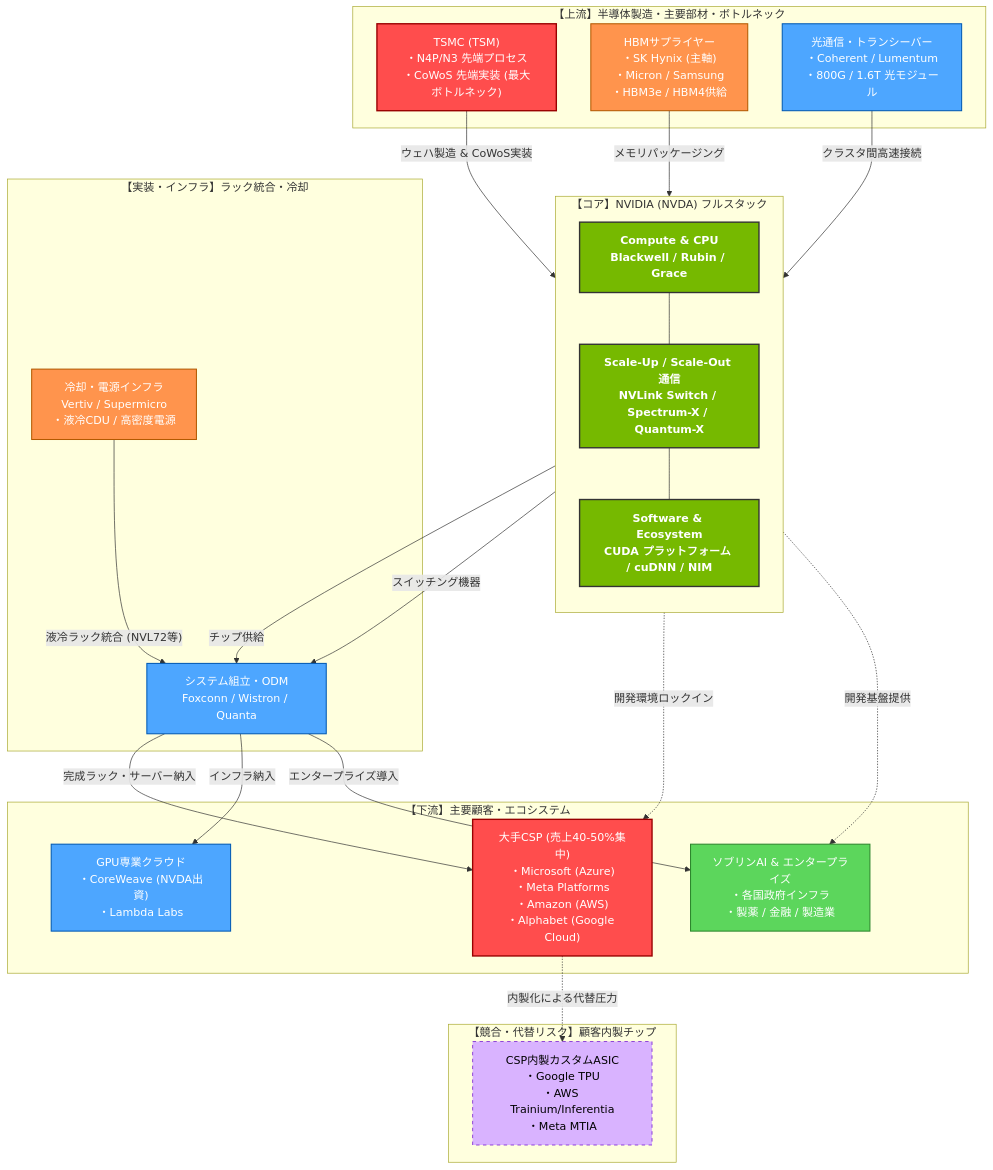
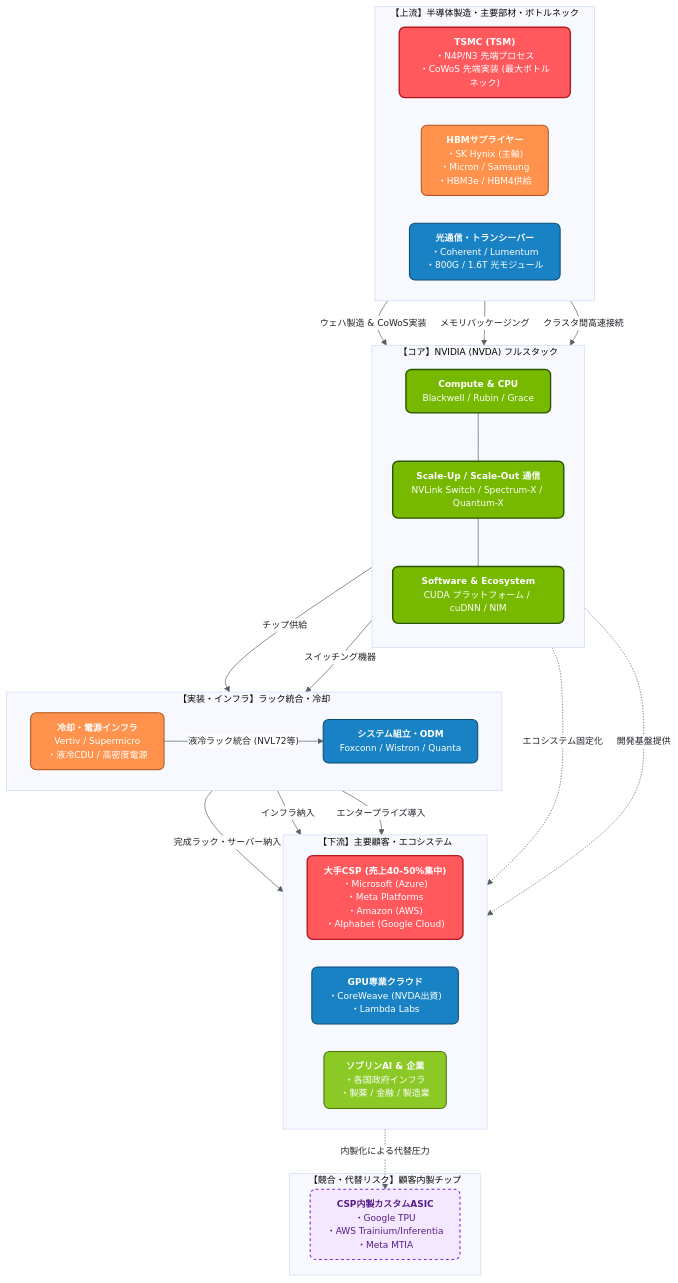
The diagram in README.md (Tom-2106/invest-info), drawn with Mermaid before and after one commit.

````diff
--- a/README.md
+++ b/README.md
@@ -1,61 +1,80 @@
 ```mermaid
+%%{init: {
+  'theme': 'base',
+  'themeVariables': {
+    'fontFamily': 'system-ui, -apple-system, Segoe UI, Roboto, Helvetica, Arial, sans-serif',
+    'fontSize': '13px',
+    'primaryTextColor': '#1f2328',
+    'lineColor': '#57606a',
+    'edgeLabelBackground':'#ffffff'
+  },
+  'flowchart': {
+    'curve': 'basis',
+    'nodeSpacing': 40,
+    'rankSpacing': 45,
+    'padding': 12
+  }
+}}%%
 flowchart TD
     %% サブグラフ：上流（半導体製造・主要部材）
     subgraph Upstream ["【上流】半導体製造・主要部材・ボトルネック"]
-        TSMC["TSMC (TSM)<br>・N4P/N3 先端プロセス<br>・CoWoS 先端実装 (最大ボトルネック)"]:::critical
-        HBM["HBMサプライヤー<br>・SK Hynix (主軸)<br>・Micron / Samsung<br>・HBM3e / HBM4供給"]:::high
-        Optics["光通信・トランシーバー<br>・Coherent / Lumentum<br>・800G / 1.6T 光モジュール"]:::medium
+        direction LR
+        TSMC["<b>TSMC (TSM)</b><br>・N4P/N3 先端プロセス<br>・CoWoS 先端実装 (最大ボトルネック)"]:::critical
+        HBM["<b>HBMサプライヤー</b><br>・SK Hynix (主軸)<br>・Micron / Samsung<br>・HBM3e / HBM4供給"]:::high
+        Optics["<b>光通信・トランシーバー</b><br>・Coherent / Lumentum<br>・800G / 1.6T 光モジュール"]:::medium
     end
 
     %% サブグラフ：コア製品・自社スタック
     subgraph Core ["【コア】NVIDIA (NVDA) フルスタック"]
         direction TB
-        Chips["Compute & CPU<br>Blackwell / Rubin / Grace"]:::nvda
-        Interconnect["Scale-Up / Scale-Out 通信<br>NVLink Switch / Spectrum-X / Quantum-X"]:::nvda
-        Software["Software & Ecosystem<br>CUDA プラットフォーム / cuDNN / NIM"]:::nvda
+        Chips["<b>Compute & CPU</b><br>Blackwell / Rubin / Grace"]:::nvda
+        Interconnect["<b>Scale-Up / Scale-Out 通信</b><br>NVLink Switch / Spectrum-X / Quantum-X"]:::nvda
+        Software["<b>Software & Ecosystem</b><br>CUDA プラットフォーム / cuDNN / NIM"]:::nvda
         Chips --- Interconnect --- Software
     end
 
     %% サブグラフ：インフラ統合・ラック実装
     subgraph Infrastructure ["【実装・インフラ】ラック統合・冷却"]
-        ODM["システム組立・ODM<br>Foxconn / Wistron / Quanta"]:::medium
-        Cooling["冷却・電源インフラ<br>Vertiv / Supermicro<br>・液冷CDU / 高密度電源"]:::high
+        direction LR
+        ODM["<b>システム組立・ODM</b><br>Foxconn / Wistron / Quanta"]:::medium
+        Cooling["<b>冷却・電源インフラ</b><br>Vertiv / Supermicro<br>・液冷CDU / 高密度電源"]:::high
     end
 
     %% サブグラフ：下流（主要顧客・エンド市場）
     subgraph Downstream ["【下流】主要顧客・エコシステム"]
-        Hyperscalers["大手CSP (売上40-50%集中)<br>・Microsoft (Azure)<br>・Meta Platforms<br>・Amazon (AWS)<br>・Alphabet (Google Cloud)"]:::critical
-        NeoCloud["GPU専業クラウド<br>・CoreWeave (NVDA出資)<br>・Lambda Labs"]:::medium
-        Sovereign["ソブリンAI & エンタープライズ<br>・各国政府インフラ<br>・製薬 / 金融 / 製造業"]:::low
+        direction LR
+        Hyperscalers["<b>大手CSP (売上40-50%集中)</b><br>・Microsoft (Azure)<br>・Meta Platforms<br>・Amazon (AWS)<br>・Alphabet (Google Cloud)"]:::critical
+        NeoCloud["<b>GPU専業クラウド</b><br>・CoreWeave (NVDA出資)<br>・Lambda Labs"]:::medium
+        Sovereign["<b>ソブリンAI & 企業</b><br>・各国政府インフラ<br>・製薬 / 金融 / 製造業"]:::low
     end
 
-    %% 競合・リスクファクター（点線連携）
+    %% 競合・リスクファクター
     subgraph ASICs ["【競合・代替リスク】顧客内製チップ"]
-        InHouse["CSP内製カスタムASIC<br>・Google TPU<br>・AWS Trainium/Inferentia<br>・Meta MTIA"]:::risk
+        InHouse["<b>CSP内製カスタムASIC</b><br>・Google TPU<br>・AWS Trainium/Inferentia<br>・Meta MTIA"]:::risk
     end
 
     %% 接続フロー
     TSMC -->|"ウェハ製造 & CoWoS実装"| Chips
     HBM -->|メモリパッケージング| Chips
     Optics -->|クラスタ間高速接続| Interconnect
 
     Chips -->|チップ供給| ODM
     Interconnect -->|スイッチング機器| ODM
     Cooling -->|"液冷ラック統合 (NVL72等)"| ODM
 
     ODM -->|完成ラック・サーバー納入| Hyperscalers
     ODM -->|インフラ納入| NeoCloud
     ODM -->|エンタープライズ導入| Sovereign
-    Software -.->|開発環境ロックイン| Hyperscalers
+    Software -.->|エコシステム固定化| Hyperscalers
     Software -.->|開発基盤提供| Sovereign
 
     Hyperscalers -.->|内製化による代替圧力| InHouse
 
-    %% スタイル定義
-    classDef nvda fill:#76b900,stroke:#333,stroke-width:2px,color:#fff,font-weight:bold;
-    classDef critical fill:#ff4d4d,stroke:#900,stroke-width:2px,color:#fff;
-    classDef high fill:#ff944d,stroke:#b35900,stroke-width:1.5px,color:#fff;
-    classDef medium fill:#4da6ff,stroke:#0059b3,stroke-width:1.5px,color:#fff;
-    classDef low fill:#5cd65c,stroke:#2d862d,stroke-width:1.5px,color:#fff;
-    classDef risk fill:#d9b3ff,stroke:#6600cc,stroke-dasharray: 5 5,color:#000;
+    %% スタイル定義 (角丸 rx, ry / 落ち着いたトーン)
+    classDef nvda fill:#76b900,stroke:#2b5400,stroke-width:2px,color:#ffffff,rx:8px,ry:8px;
+    classDef critical fill:#ff595e,stroke:#b3191f,stroke-width:2px,color:#ffffff,rx:8px,ry:8px;
+    classDef high fill:#ff924c,stroke:#b3531b,stroke-width:1.5px,color:#ffffff,rx:8px,ry:8px;
+    classDef medium fill:#1982c4,stroke:#0d4b73,stroke-width:1.5px,color:#ffffff,rx:8px,ry:8px;
+    classDef low fill:#8ac926,stroke:#4a730e,stroke-width:1.5px,color:#ffffff,rx:8px,ry:8px;
+    classDef risk fill:#f3e8ff,stroke:#7e22ce,stroke-width:1.5px,stroke-dasharray: 4 4,color:#581c87,rx:8px,ry:8px;
 ```
````
